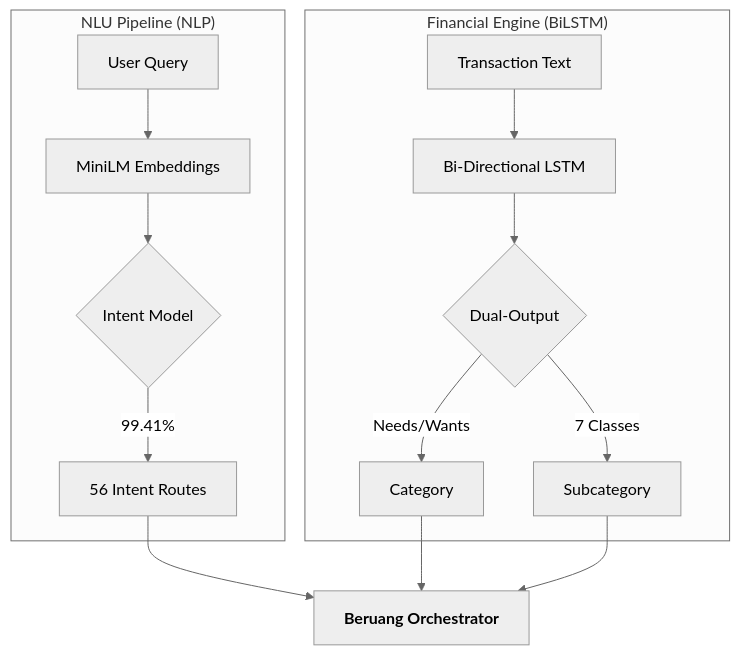
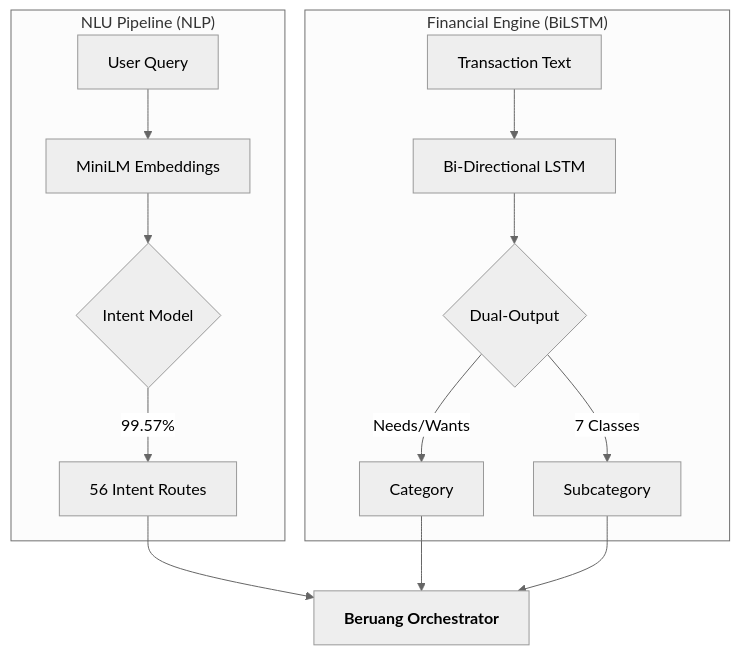
One commit to izwanGit/beruang-ai-backend changed the diagram in README.md. Above: the diagram before and after it, drawn with Mermaid (neutral theme). The commit also changed other lines of this file, not shown here.

Commit message:
📝 Update README with new intent classification metrics and features

````diff
--- a/README.md
+++ b/README.md
@@ -25,18 +25,18 @@
 ```mermaid
 graph TD
     subgraph "NLU Pipeline (NLP)"
     A1[User Query] --> B1[MiniLM Embeddings]
     B1 --> C1{Intent Model}
-    C1 -->|99.41%| D1[56 Intent Routes]
+    C1 -->|99.57%| D1[56 Intent Routes]
     end
 
     subgraph "Financial Engine (BiLSTM)"
     A2[Transaction Text] --> B2[Bi-Directional LSTM]
     B2 --> C2{Dual-Output}
     C2 -->|Needs/Wants| D2[Category]
     C2 -->|7 Classes| E2[Subcategory]
     end
 
     D1 --> F[<b>Beruang Orchestrator</b>]
     D2 & E2 --> F
 ```
````
